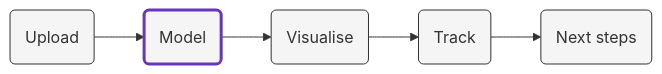
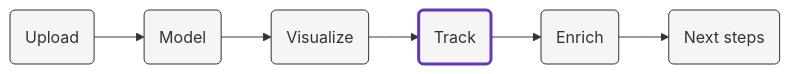
Before and after one commit to snowplow-incubator/data-product-accelerators: the diagram in content/web/tracking/_index.md, drawn with Mermaid. The commit also changed other lines of this file and 306 other files, not shown here.

```diff
--- a/content/web/tracking/_index.md
+++ b/content/web/tracking/_index.md
@@ -11,9 +14,10 @@
 {{<mermaid>}}
 flowchart LR
-    id1(Upload)-->id2(Model)-->id3(Visualise)-->id4(Track)-->id5(Next steps)
-    style id2 fill:#f5f5f5,stroke:#6638B8,stroke-width:3px
+    id1(Upload)-->id2(Model)-->id3(Visualize)-->id4(Track)-->id5(Enrich)-->id6(Next steps)
+    style id4 fill:#f5f5f5,stroke:#6638B8,stroke-width:3px
     style id1 fill:#f5f5f5,stroke:#333,stroke-width:1px
-    style id4 fill:#f5f5f5,stroke:#333,stroke-width:1px
+    style id3 fill:#f5f5f5,stroke:#333,stroke-width:1px
     style id5 fill:#f5f5f5,stroke:#333,stroke-width:1px
-    style id3 fill:#f5f5f5,stroke:#333,stroke-width:1px
+    style id2 fill:#f5f5f5,stroke:#333,stroke-width:1px
+    style id6 fill:#f5f5f5,stroke:#333,stroke-width:1px
 {{</mermaid >}}
```
